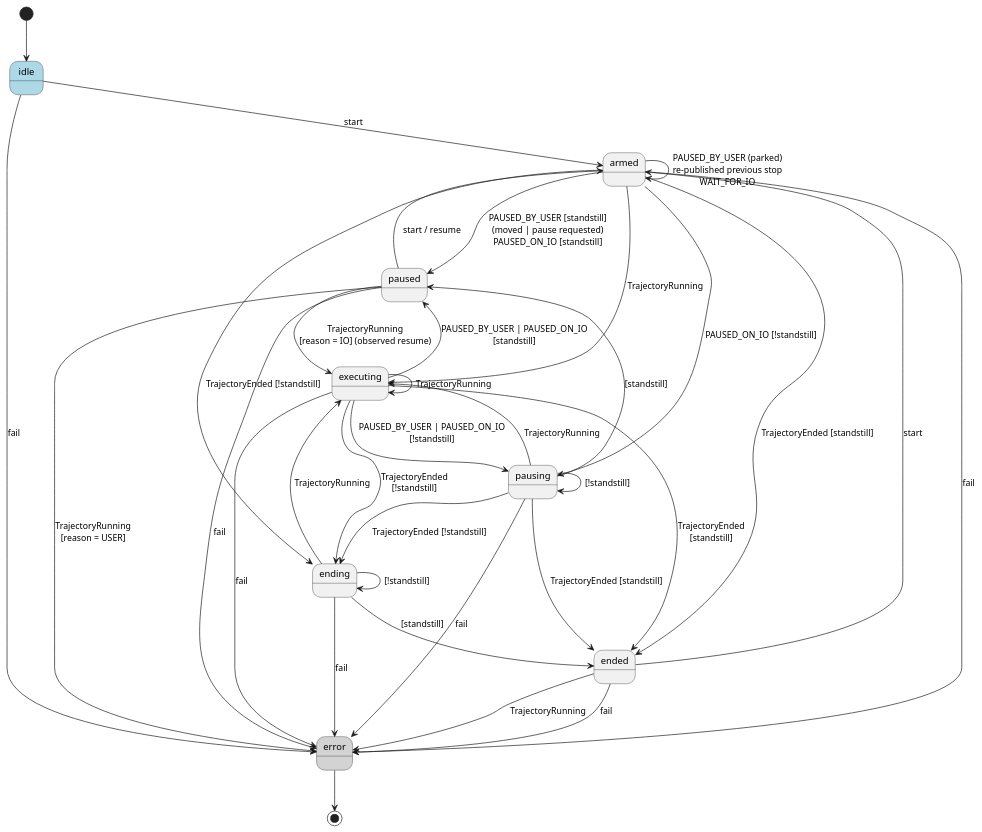
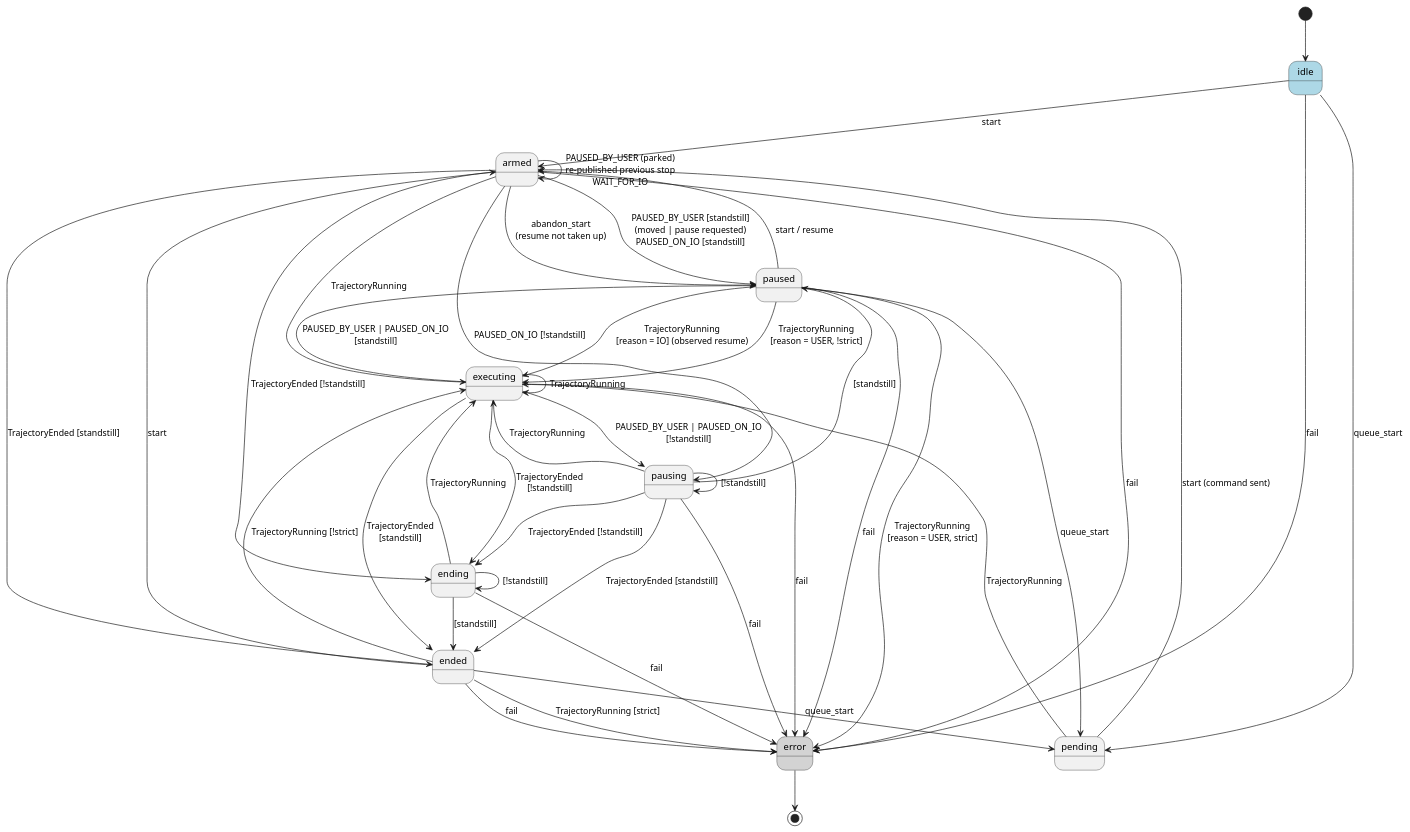
Before and after one commit to wandelbotsgmbh/wandelbots-nova: the first of 2 diagrams in nova/cell/movement_controller/README.md, drawn with PlantUML. The commit also changed other lines of this file and 12 other files, not shown here.

````diff
--- a/nova/cell/movement_controller/README.md
+++ b/nova/cell/movement_controller/README.md
@@ -149,55 +207,63 @@
 ```plantuml
 @startuml TrajectoryExecutionMachine
 skinparam state {
     BackgroundColor<<initial>> LightBlue
     BackgroundColor<<final>> LightGray
 }
 
 [*] --> idle
 
 state idle <<initial>>
 state error <<final>>
 
 idle --> armed : start
 paused --> armed : start / resume
 ended --> armed : start
+idle --> pending : queue_start
+paused --> pending : queue_start
+ended --> pending : queue_start
+pending --> armed : start (command sent)
+pending --> executing : TrajectoryRunning
+armed --> paused : abandon_start\n(resume not taken up)
 
 armed --> armed : PAUSED_BY_USER (parked)\nre-published previous stop\nWAIT_FOR_IO
 armed --> executing : TrajectoryRunning
 armed --> paused : PAUSED_BY_USER [standstill]\n(moved | pause requested)\nPAUSED_ON_IO [standstill]
 armed --> pausing : PAUSED_ON_IO [!standstill]
 armed --> ended : TrajectoryEnded [standstill]
 armed --> ending : TrajectoryEnded [!standstill]
 
 executing --> executing : TrajectoryRunning
 executing --> ended : TrajectoryEnded\n[standstill]
 executing --> ending : TrajectoryEnded\n[!standstill]
 executing --> paused : PAUSED_BY_USER | PAUSED_ON_IO\n[standstill]
 executing --> pausing : PAUSED_BY_USER | PAUSED_ON_IO\n[!standstill]
 
 ending --> ending : [!standstill]
 ending --> ended : [standstill]
 ending --> executing : TrajectoryRunning
 
 pausing --> pausing : [!standstill]
 pausing --> paused : [standstill]
 pausing --> executing : TrajectoryRunning
 pausing --> ended : TrajectoryEnded [standstill]
 pausing --> ending : TrajectoryEnded [!standstill]
 
 paused --> executing : TrajectoryRunning\n[reason = IO] (observed resume)
-paused --> error : TrajectoryRunning\n[reason = USER]
-ended --> error : TrajectoryRunning
+paused --> error : TrajectoryRunning\n[reason = USER, strict]
+paused --> executing : TrajectoryRunning\n[reason = USER, !strict]
+ended --> error : TrajectoryRunning [strict]
+ended --> executing : TrajectoryRunning [!strict]
 
 idle --> error : fail
 armed --> error : fail
 executing --> error : fail
 ending --> error : fail
 pausing --> error : fail
 paused --> error : fail
 ended --> error : fail
 
 error --> [*]
 
 @enduml
 ```
````
